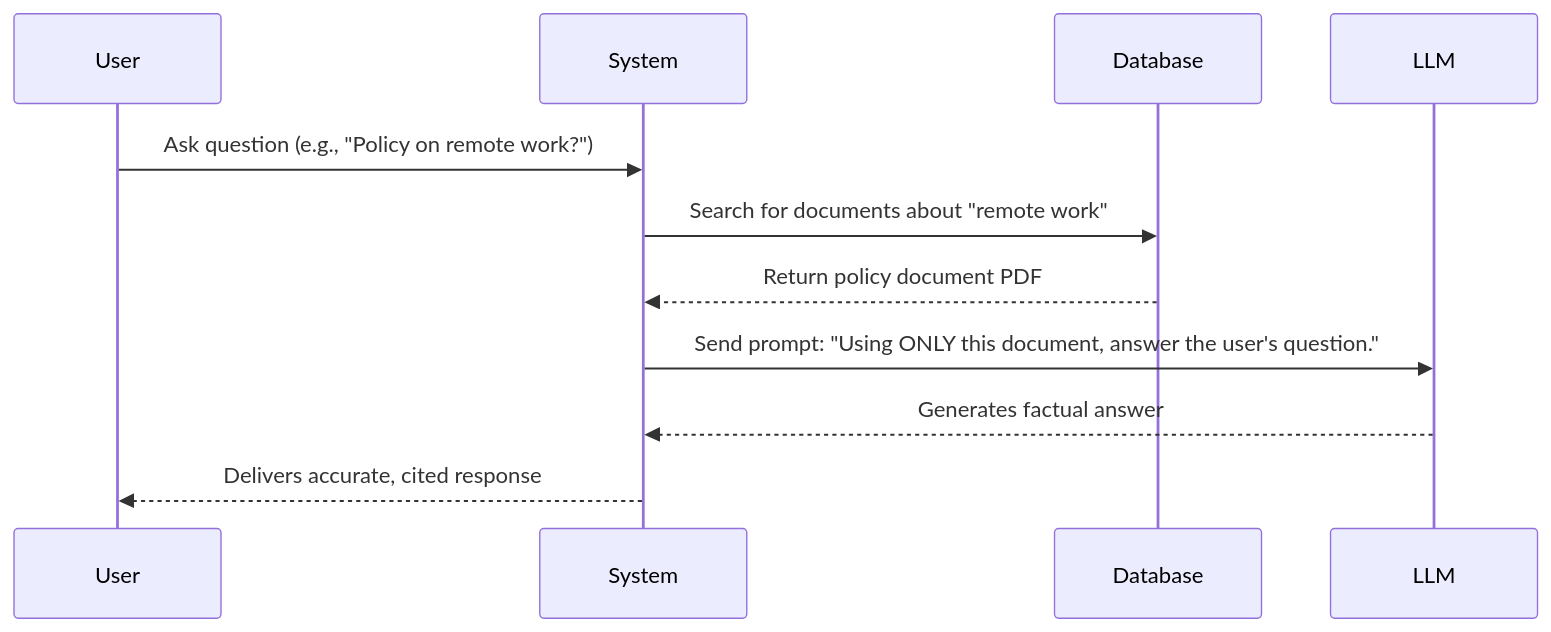
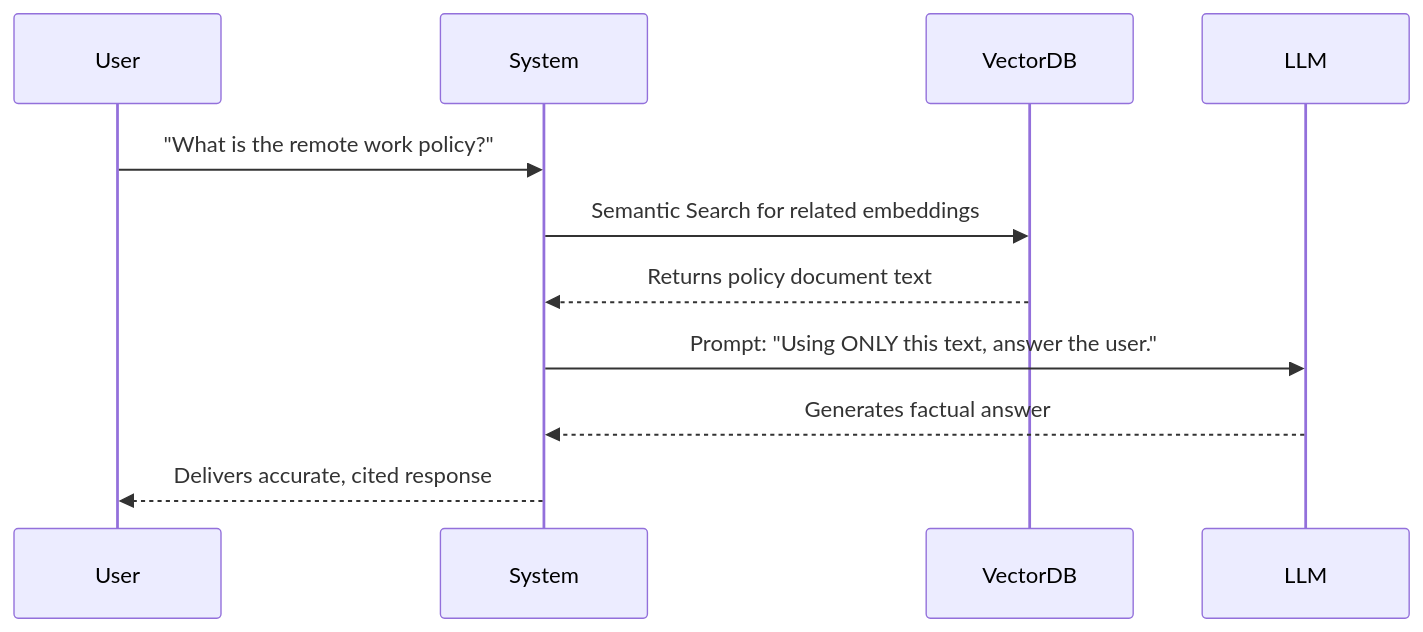
One commit to NamrataRev/AI_academy changed the diagram in Week4/2.Retrieval Agents and Tools.md. Above: the diagram before and after it, drawn with Mermaid. The commit also changed other lines of this file, not shown here.

````diff
--- a/Week4/2.Retrieval Agents and Tools.md
+++ b/Week4/2.Retrieval Agents and Tools.md
@@ -37,14 +38,14 @@
 ```mermaid
 sequenceDiagram
     participant User
     participant System
-    participant Database
+    participant VectorDB
     participant LLM
 
-    User->>System: Ask question (e.g., "Policy on remote work?")
-    System->>Database: Search for documents about "remote work"
-    Database-->>System: Return policy document PDF
-    System->>LLM: Send prompt: "Using ONLY this document, answer the user's question."
+    User->>System: "What is the remote work policy?"
+    System->>VectorDB: Semantic Search for related embeddings
+    VectorDB-->>System: Returns policy document text
+    System->>LLM: Prompt: "Using ONLY this text, answer the user."
     LLM-->>System: Generates factual answer
     System-->>User: Delivers accurate, cited response
 ```
````
